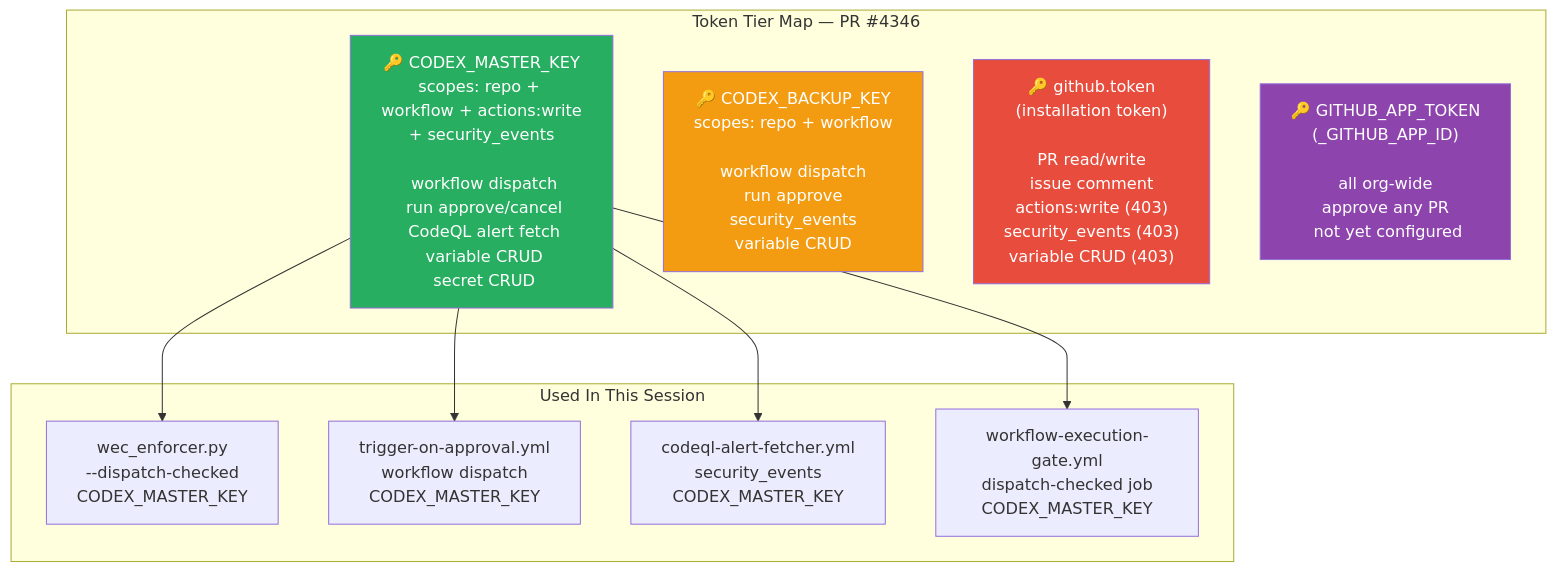
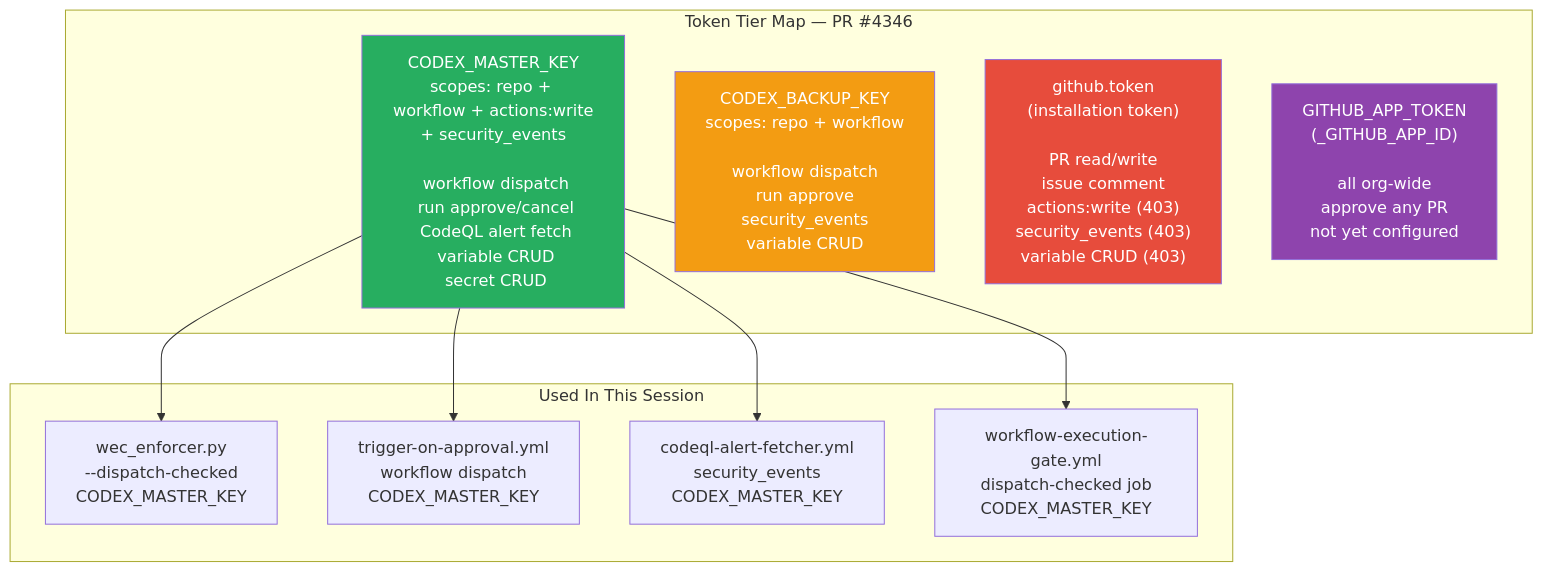
Before and after one commit to Aries-Serpent/_codex_: diagram 13 of 26 in docs/sessions/PR4346_session_diagram.md, drawn with Mermaid. The commit also changed other lines of this file and 4117 other files, not shown here.

````diff
--- a/docs/sessions/PR4346_session_diagram.md
+++ b/docs/sessions/PR4346_session_diagram.md
@@ -365,30 +398,34 @@
 ```mermaid
-%%{init: {'accessibility': {'title': 'Flowchart showing "🔑 CODEX_MASTER_KEY\nscopes: repo + workflow + actions:write\n+ security_events\n\n workflow dispatch\n run approve/cancel\n CodeQL alert fetch\n variable CRUD\n secret CRUD", "🔑 CODEX_BACKUP_KEY\nscopes: repo + workflow\n\n workflow dispatch\n run approve\n security_events\n variable CRUD"'}}%%
+%%{init: {'accessibility': {'title': 'Flowchart showing " CODEX_MASTER_KEY\nscopes: repo + workflow + actions:write\n+ security_events\n\n workflow dispatch\n run approve/cancel\n CodeQL alert fetch\n variable CRUD\n secret CRUD", " CODEX_BACKUP_KEY\nscopes: repo + workflow\n\n workflow dispatch\n run approve\n security_events\n variable CRUD"'}}%%
+
 flowchart TD
-    subgraph "Token Tier Map — PR #4346"
-        T1["🔑 CODEX_MASTER_KEY\nscopes: repo + workflow + actions:write\n+ security_events\n\n workflow dispatch\n run approve/cancel\n CodeQL alert fetch\n variable CRUD\n secret CRUD"]
+ subgraph "Token Tier Map — PR #4346"
+ T1[" CODEX_MASTER_KEY\nscopes: repo + workflow + actions:write\n+ security_events\n\n workflow dispatch\n run approve/cancel\n CodeQL alert fetch\n variable CRUD\n secret CRUD"]
 
-        T2["🔑 CODEX_BACKUP_KEY\nscopes: repo + workflow\n\n workflow dispatch\n run approve\n security_events\n variable CRUD"]
+ T2[" CODEX_BACKUP_KEY\nscopes: repo + workflow\n\n workflow dispatch\n run approve\n security_events\n variable CRUD"]
 
-        T3["🔑 github.token\n(installation token)\n\n PR read/write\n issue comment\n actions:write (403)\n security_events (403)\n variable CRUD (403)"]
+ T3[" github.token\n(installation token)\n\n PR read/write\n issue comment\n actions:write (403)\n security_events (403)\n variable CRUD (403)"]
 
-        T4["🔑 GITHUB_APP_TOKEN\n(_GITHUB_APP_ID)\n\n all org-wide\n approve any PR\n️ not yet configured"]
-    end
+ T4[" GITHUB_APP_TOKEN\n(_GITHUB_APP_ID)\n\n all org-wide\n approve any PR\n not yet configured"]
+ end
 
-    subgraph "Used In This Session"
-        U1["wec_enforcer.py\n--dispatch-checked\nCODEX_MASTER_KEY "]
-        U2["trigger-on-approval.yml\nworkflow dispatch\nCODEX_MASTER_KEY "]
-        U3["codeql-alert-fetcher.yml\nsecurity_events\nCODEX_MASTER_KEY "]
-        U4["workflow-execution-gate.yml\ndispatch-checked job\nCODEX_MASTER_KEY "]
-    end
+ subgraph "Used In This Session"
+ U1["wec_enforcer.py\n--dispatch-checked\nCODEX_MASTER_KEY "]
+ U2["trigger-on-approval.yml\nworkflow dispatch\nCODEX_MASTER_KEY "]
+ U3["codeql-alert-fetcher.yml\nsecurity_events\nCODEX_MASTER_KEY "]
+ U4["workflow-execution-gate.yml\ndispatch-checked job\nCODEX_MASTER_KEY "]
+ end
 
-    T1 --> U1
-    T1 --> U2
-    T1 --> U3
-    T1 --> U4
+ T1 --> U1
 
-    style T1 fill:#27ae60,color:#fff
-    style T2 fill:#f39c12,color:#fff
-    style T3 fill:#e74c3c,color:#fff
-    style T4 fill:#8e44ad,color:#fff
+ T1 --> U2
+
+ T1 --> U3
+
+ T1 --> U4
+
+ style T1 fill:#27ae60,color:#fff
+ style T2 fill:#f39c12,color:#fff
+ style T3 fill:#e74c3c,color:#fff
+ style T4 fill:#8e44ad,color:#fff
 ```
````
